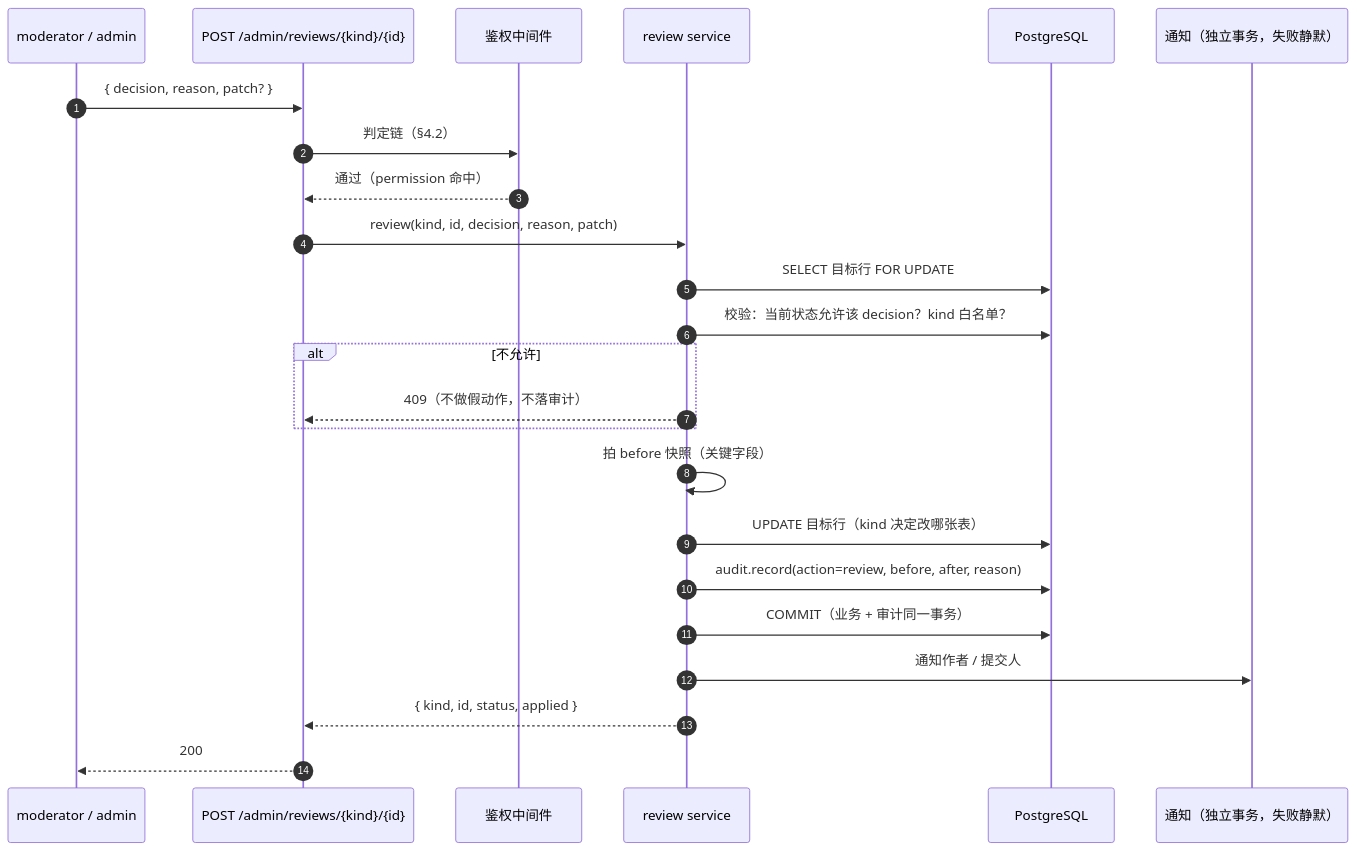
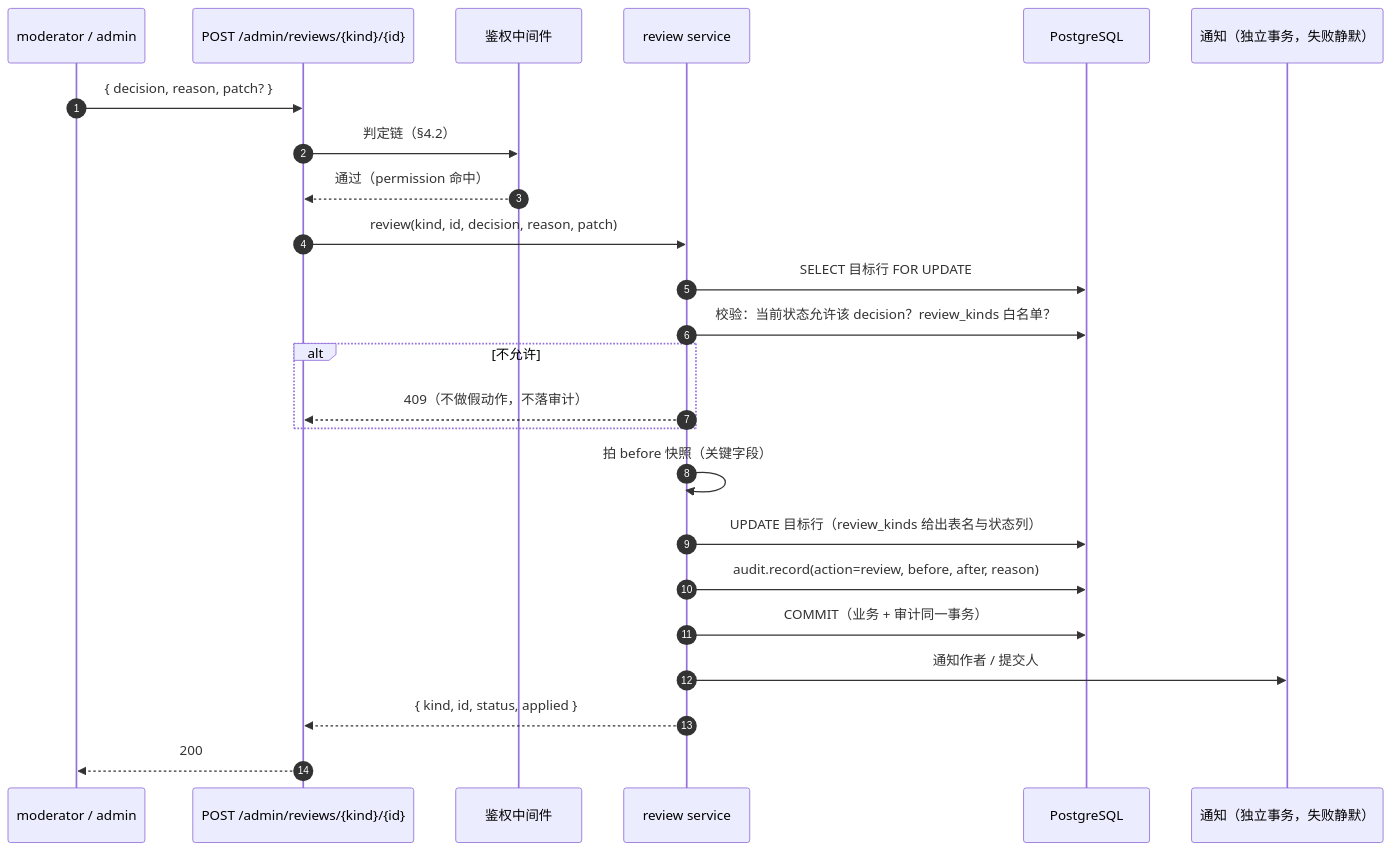
One commit to deepdemos/ds-demos-showcase changed the fourth of 7 diagrams in docs/治理域设计.md. Above: the diagram before and after it, drawn with Mermaid. The commit also changed other lines of this file and 1 other file, not shown here.

First line of the commit message:
docs: 治理域设计 v1.8（Q9–Q16 定案 + review_kinds 注册表）

````diff
--- a/docs/治理域设计.md
+++ b/docs/治理域设计.md
@@ -679,27 +741,27 @@
 ```mermaid
 sequenceDiagram
     autonumber
     participant M as moderator / admin
     participant API as POST /admin/reviews/{kind}/{id}
     participant MW as 鉴权中间件
     participant SVC as review service
     participant DB as PostgreSQL
     participant N as 通知（独立事务，失败静默）
 
     M->>API: { decision, reason, patch? }
     API->>MW: 判定链（§4.2）
     MW-->>API: 通过（permission 命中）
     API->>SVC: review(kind, id, decision, reason, patch)
     SVC->>DB: SELECT 目标行 FOR UPDATE
-    SVC->>DB: 校验：当前状态允许该 decision？kind 白名单？
+    SVC->>DB: 校验：当前状态允许该 decision？review_kinds 白名单？
     alt 不允许
         SVC-->>API: 409（不做假动作，不落审计）
     end
     SVC->>SVC: 拍 before 快照（关键字段）
-    SVC->>DB: UPDATE 目标行（kind 决定改哪张表）
+    SVC->>DB: UPDATE 目标行（review_kinds 给出表名与状态列）
     SVC->>DB: audit.record(action=review, before, after, reason)
     SVC->>DB: COMMIT（业务 + 审计同一事务）
     SVC->>N: 通知作者 / 提交人
     SVC-->>API: { kind, id, status, applied }
     API-->>M: 200
 ```
````
